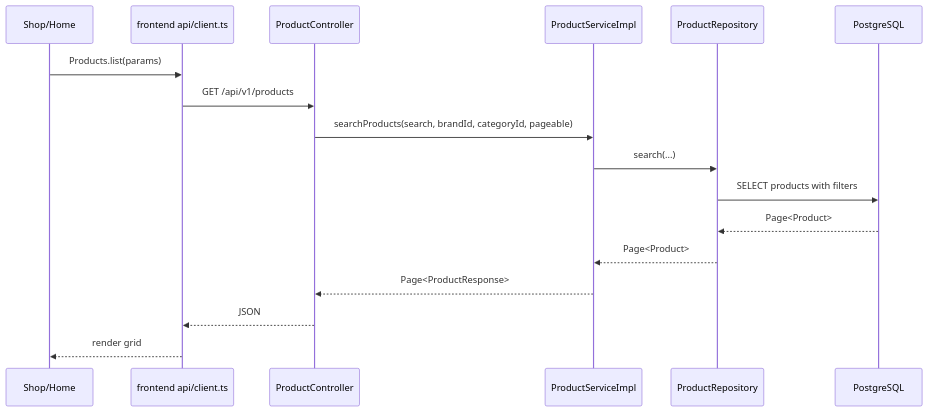
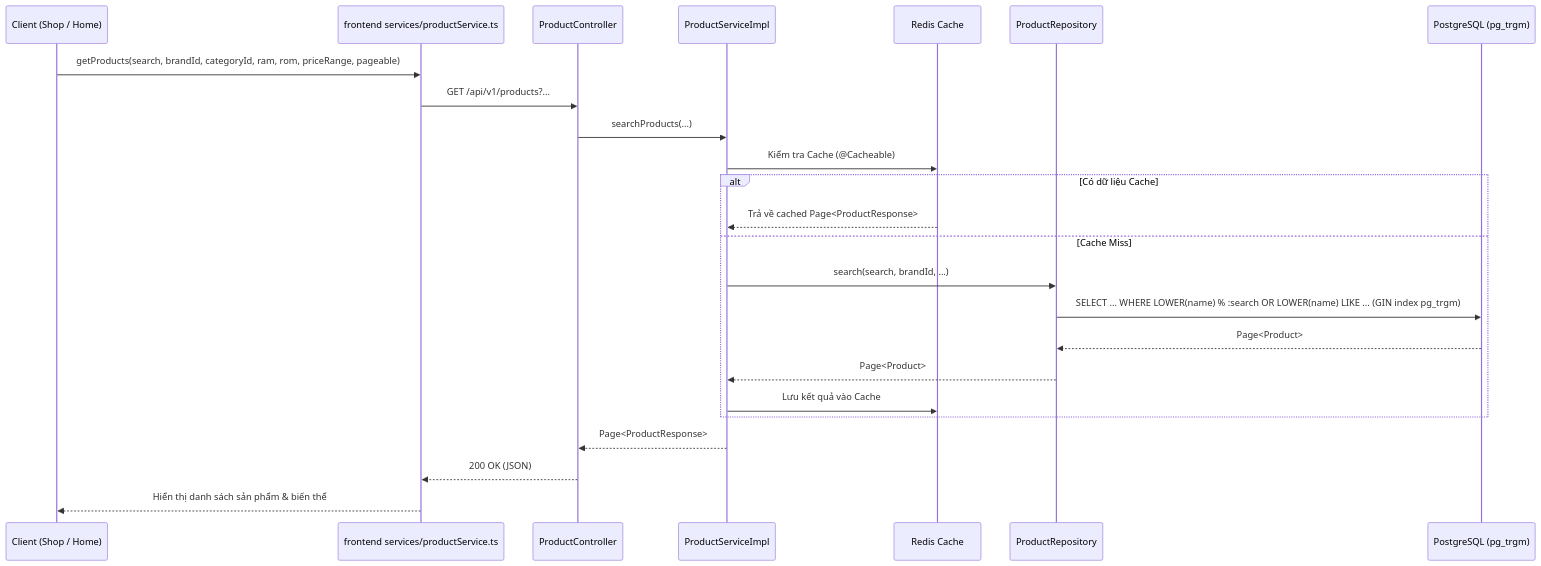
One commit to phananhkhang/Ladux changed the first of 5 diagrams in docs/03-luong-nghiep-vu.md. Above: the diagram before and after it, drawn with Mermaid. The commit also changed other lines of this file and 6 other files, not shown here.

````diff
--- a/docs/03-luong-nghiep-vu.md
+++ b/docs/03-luong-nghiep-vu.md
@@ -38,20 +36,27 @@
 ```mermaid
 sequenceDiagram
-    participant UI as Shop/Home
-    participant API as frontend api/client.ts
-    participant C as ProductController
-    participant S as ProductServiceImpl
-    participant R as ProductRepository
-    participant DB as PostgreSQL
+    participant UI as Client (Shop / Home)
+    participant API as frontend services/productService.ts
+    participant Ctrl as ProductController
+    participant Svc as ProductServiceImpl
+    participant Redis as Redis Cache
+    participant Repo as ProductRepository
+    participant DB as PostgreSQL (pg_trgm)
 
-    UI->>API: Products.list(params)
-    API->>C: GET /api/v1/products
-    C->>S: searchProducts(search, brandId, categoryId, pageable)
-    S->>R: search(...)
-    R->>DB: SELECT products with filters
-    DB-->>R: Page<Product>
-    R-->>S: Page<Product>
-    S-->>C: Page<ProductResponse>
-    C-->>API: JSON
-    API-->>UI: render grid
+    UI->>API: getProducts(search, brandId, categoryId, ram, rom, priceRange, pageable)
+    API->>Ctrl: GET /api/v1/products?...
+    Ctrl->>Svc: searchProducts(...)
+    Svc->>Redis: Kiểm tra Cache (@Cacheable)
+    alt Có dữ liệu Cache
+        Redis-->>Svc: Trả về cached Page<ProductResponse>
+    else Cache Miss
+        Svc->>Repo: search(search, brandId, ...)
+        Repo->>DB: SELECT ... WHERE LOWER(name) % :search OR LOWER(name) LIKE ... (GIN index pg_trgm)
+        DB-->>Repo: Page<Product>
+        Repo-->>Svc: Page<Product>
+        Svc->>Redis: Lưu kết quả vào Cache
+    end
+    Svc-->>Ctrl: Page<ProductResponse>
+    Ctrl-->>API: 200 OK (JSON)
+    API-->>UI: Hiển thị danh sách sản phẩm & biến thể
 ```
````
